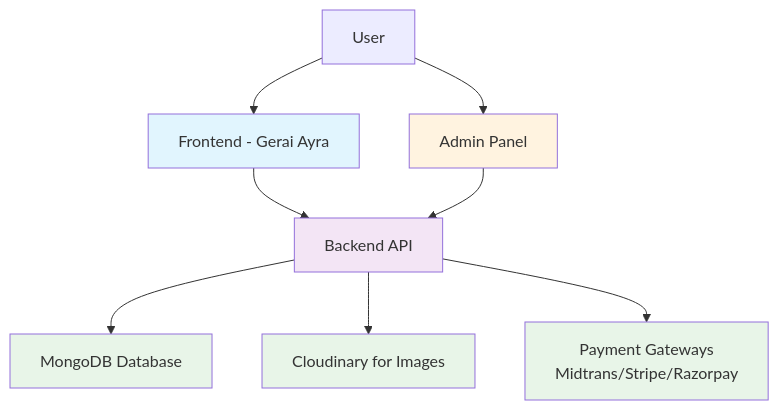
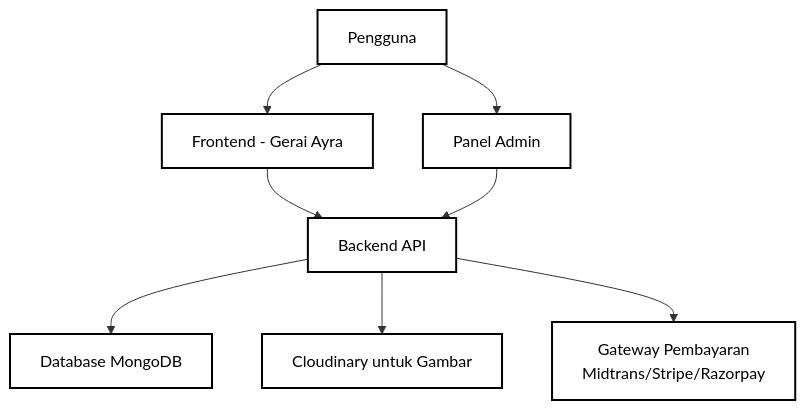
Before and after one commit to Grinti123/gerai-ayra-fullstack: the first of 10 diagrams in README.md, drawn with Mermaid. The commit also changed other lines of this file, not shown here.

````diff
--- a/README.md
+++ b/README.md
@@ -5,20 +5,14 @@
 ```mermaid
 graph TD
-    A[ User ] --> B[Frontend - Gerai Ayra]
-    A --> C[Admin Panel]
+    A[ Pengguna ] --> B[Frontend - Gerai Ayra]
+    A --> C[Panel Admin]
     B --> D[Backend API]
     C --> D
-    D --> E[MongoDB Database]
-    D --> F[Cloudinary for Images]
-    D --> G[Payment Gateways<br/>Midtrans/Stripe/Razorpay]
+    D --> E[Database MongoDB]
+    D --> F[Cloudinary untuk Gambar]
+    D --> G[Gateway Pembayaran<br/>Midtrans/Stripe/Razorpay]
 
-    classDef frontend fill:#e1f5fe
-    classDef backend fill:#f3e5f5
-    classDef admin fill:#fff3e0
-    classDef external fill:#e8f5e8
+    classDef default fill:#ffffff,stroke:#000000,stroke-width:2px,color:#000000
 
-    class B frontend
-    class C admin
-    class D backend
-    class E,F,G external
+    class A,B,C,D,E,F,G default
 ```
````
